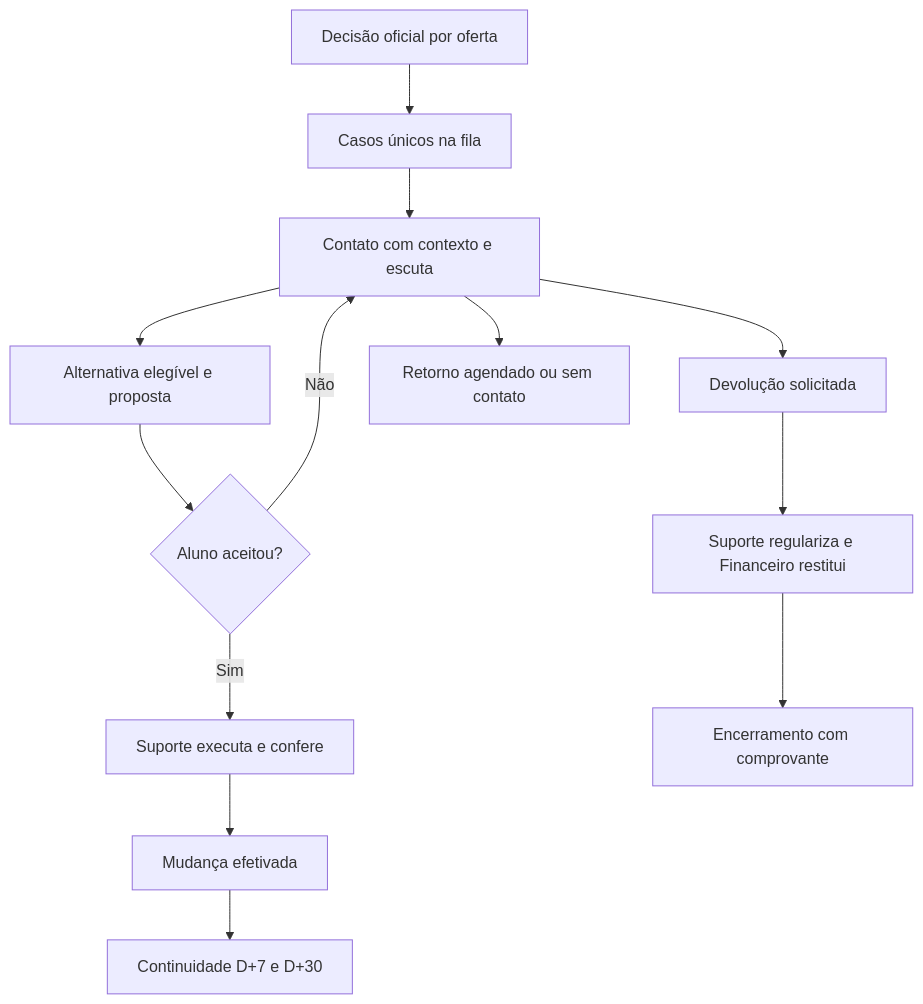
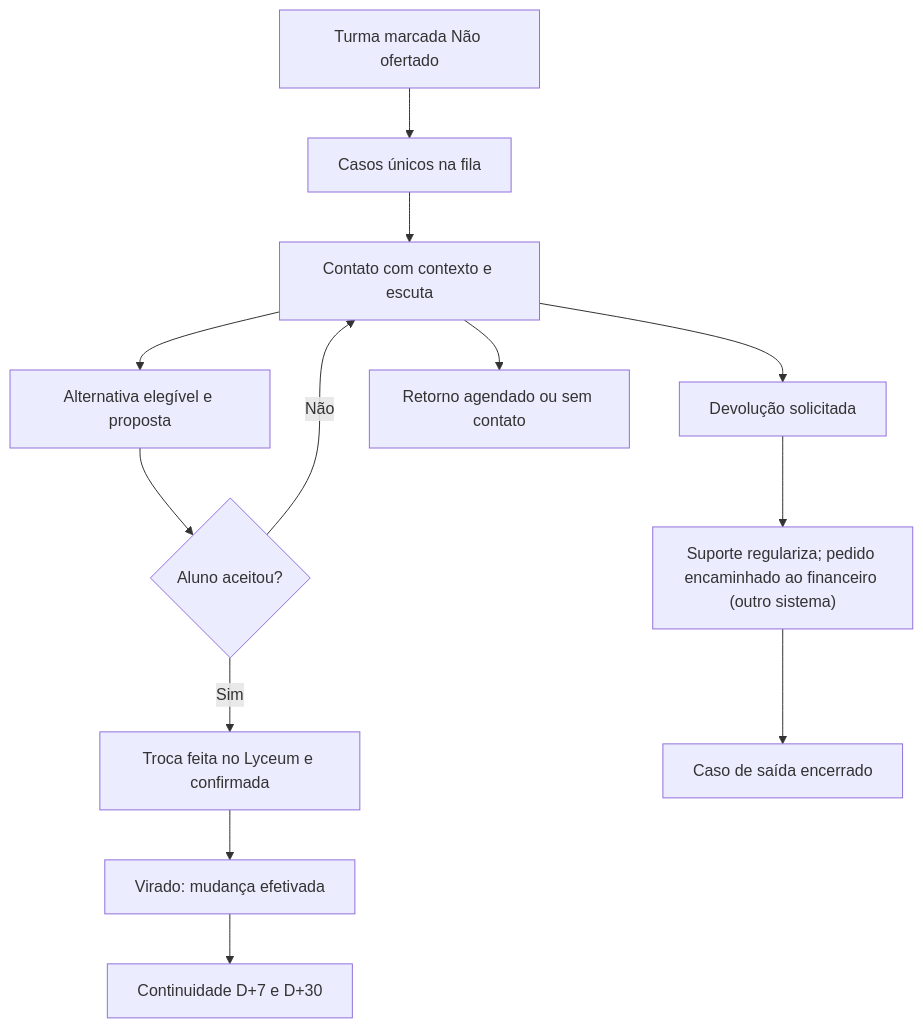
The diagram in docs/02-processo.md (victorpansonato-design/nao-formacao), drawn with Mermaid before and after one commit. The commit also changed other lines of this file and 213 other files, not shown here.

````diff
--- a/docs/02-processo.md
+++ b/docs/02-processo.md
@@ -13,15 +21,15 @@
 ```mermaid
 flowchart TD
- D["Decisão oficial por oferta"] --> C["Casos únicos na fila"]
+ D["Turma marcada Não ofertado"] --> C["Casos únicos na fila"]
  C --> H["Contato com contexto e escuta"]
  H --> P["Alternativa elegível e proposta"]
  H --> R["Devolução solicitada"]
  H --> A["Retorno agendado ou sem contato"]
  P --> V{"Aluno aceitou?"}
- V -->|Sim| S["Suporte executa e confere"]
+ V -->|Sim| S["Troca feita no Lyceum e confirmada"]
  V -->|Não| H
- S --> E["Mudança efetivada"]
- R --> F["Suporte regulariza e Financeiro restitui"]
+ S --> E["Virado: mudança efetivada"]
+ R --> F["Suporte regulariza; pedido encaminhado ao financeiro (outro sistema)"]
  E --> M["Continuidade D+7 e D+30"]
- F --> X["Encerramento com comprovante"]
+ F --> X["Caso de saída encerrado"]
 ```
````
